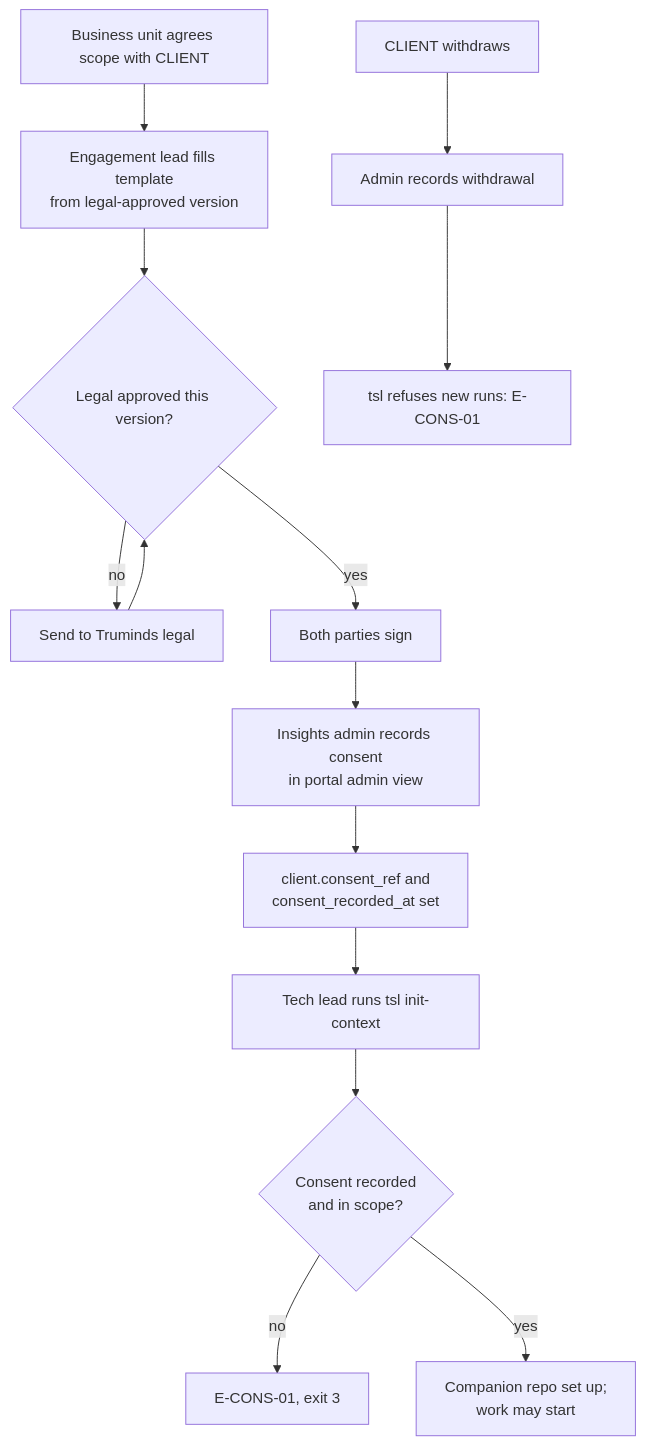
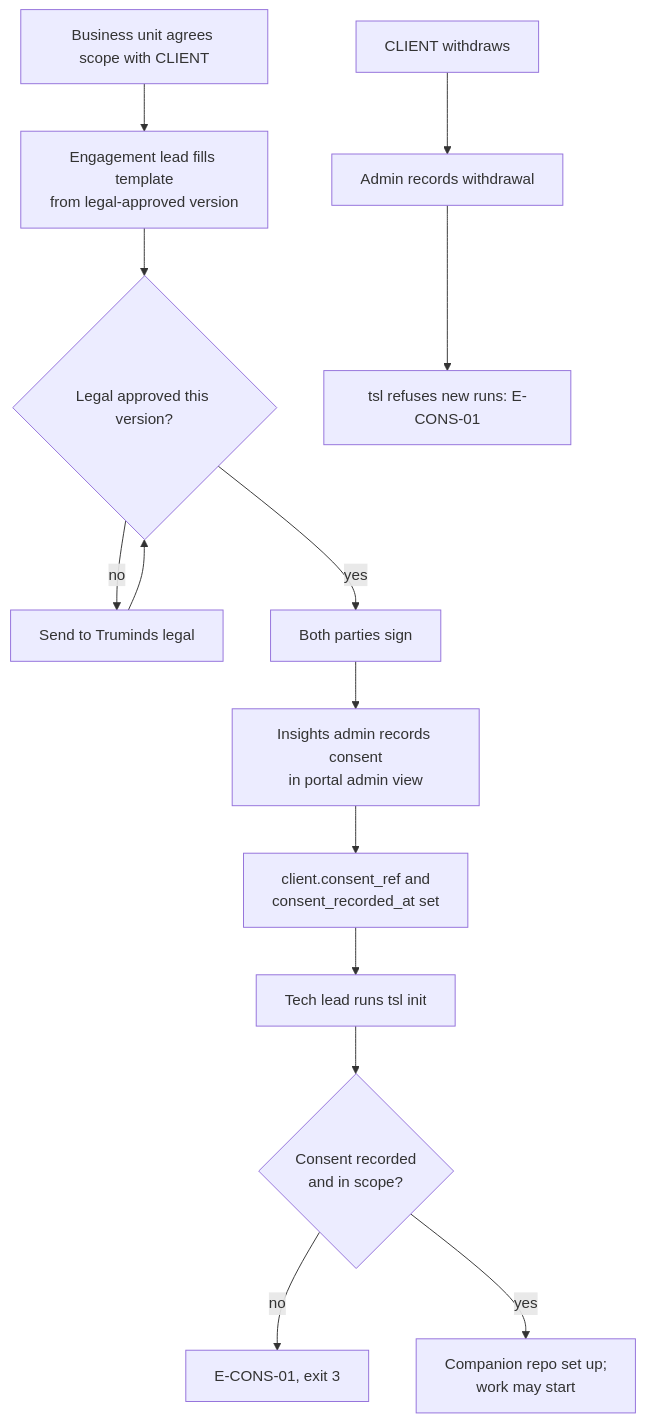
Before and after one commit to puneetsinghnanda/AI-Skill-Library: the diagram in docs/legal/LEG-01-client-consent-template.md, drawn with Mermaid. The commit also changed other lines of this file and 30 other files, not shown here.

````diff
--- a/docs/legal/LEG-01-client-consent-template.md
+++ b/docs/legal/LEG-01-client-consent-template.md
@@ -173,16 +173,16 @@
 ```mermaid
 flowchart TD
   A[Business unit agrees scope with CLIENT] --> B[Engagement lead fills template\nfrom legal-approved version]
   B --> C{Legal approved this version?}
   C -- no --> L[Send to Truminds legal]
   L --> C
   C -- yes --> D[Both parties sign]
   D --> E[Insights admin records consent\nin portal admin view]
   E --> F[client.consent_ref and\nconsent_recorded_at set]
-  F --> G[Tech lead runs tsl init-context]
+  F --> G[Tech lead runs tsl init]
   G --> H{Consent recorded\nand in scope?}
   H -- no --> X[E-CONS-01, exit 3]
   H -- yes --> I[Companion repo set up;\nwork may start]
   W[CLIENT withdraws] --> R[Admin records withdrawal]
   R --> Y[tsl refuses new runs: E-CONS-01]
 ```
````
